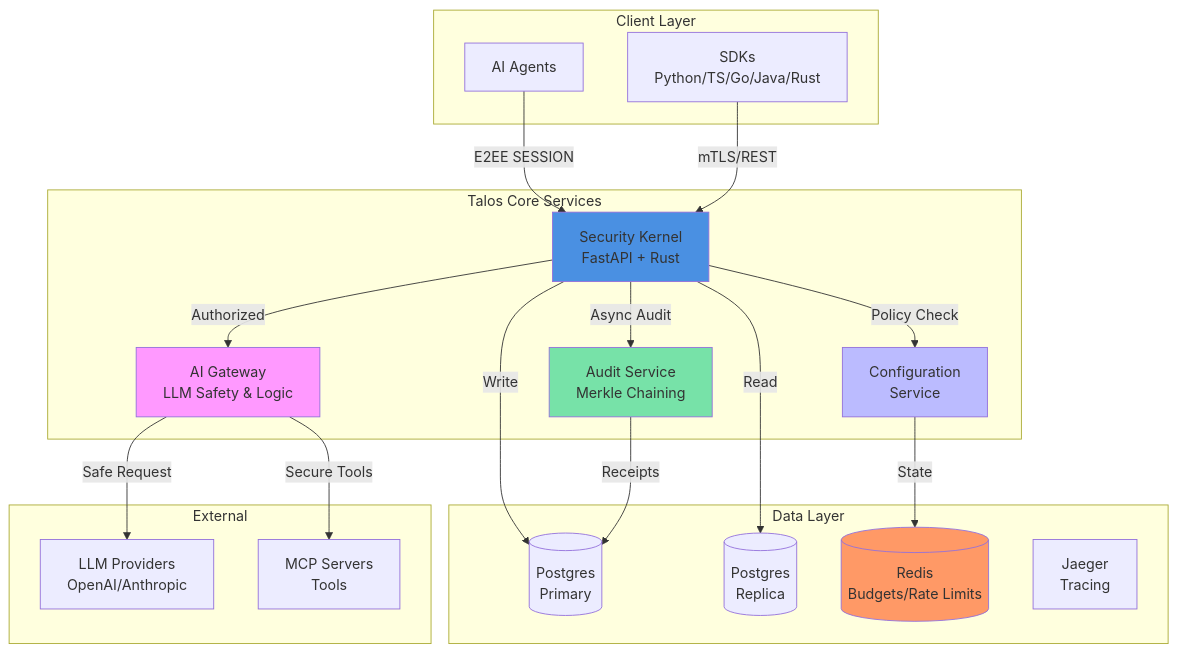
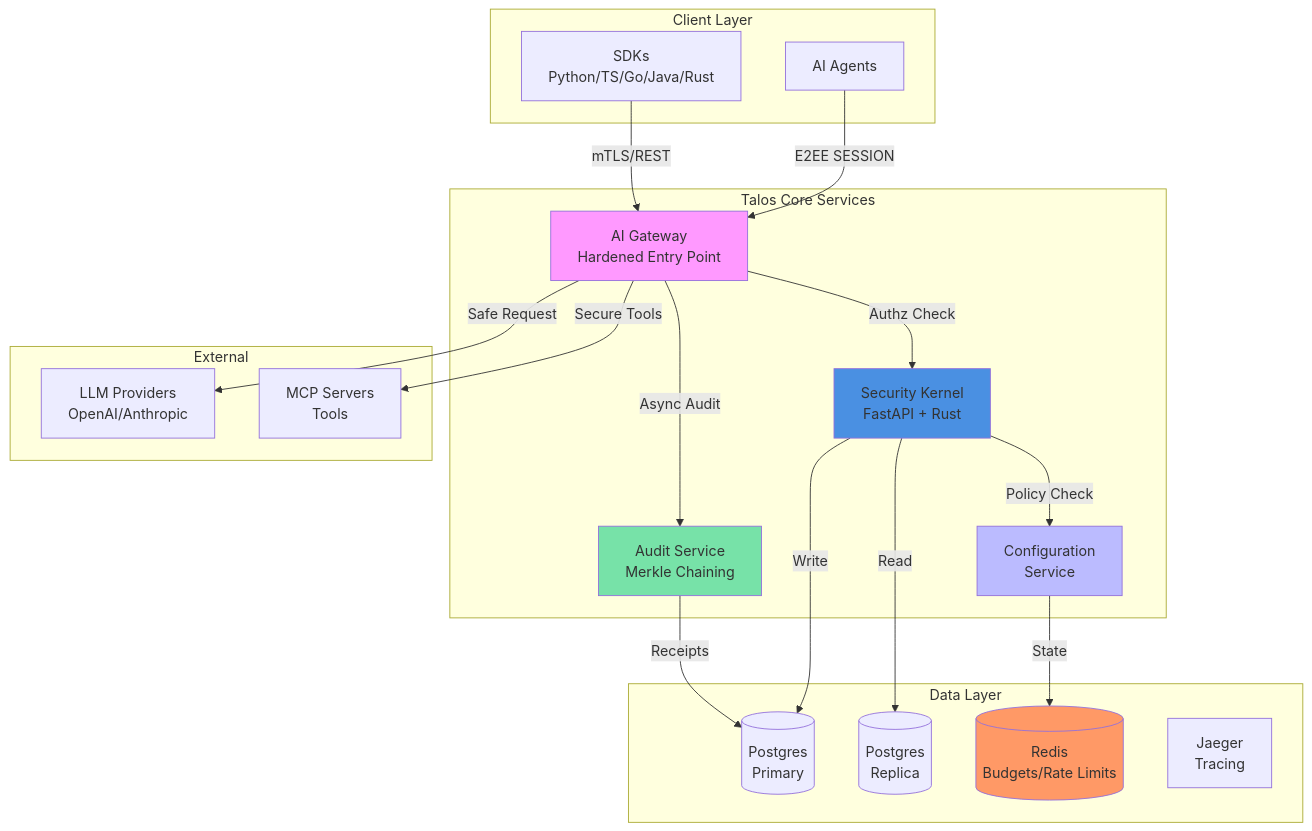
Before and after one commit to talosprotocol/talos: the diagram in README.md, drawn with Mermaid. The commit also changed other lines of this file and 147 other files, not shown here.

Commit message:
v5.15 Production Release: Standardized gateway architecture, consolidated SDK namespaces, and enforced cross-repo contract integrity

````diff
--- a/README.md
+++ b/README.md
@@ -42,45 +42,45 @@
 ```mermaid
 graph TB
     subgraph "Client Layer"
         Agent[AI Agents]
         SDK[SDKs<br/>Python/TS/Go/Java/Rust]
     end
 
     subgraph "Talos Core Services"
-        Gateway[AI Gateway<br/>LLM Safety & Logic]
+        Gateway[AI Gateway<br/>Hardened Entry Point]
         Audit[Audit Service<br/>Merkle Chaining]
         Config[Configuration<br/>Service]
         Core[Security Kernel<br/>FastAPI + Rust]
     end
 
     subgraph "Data Layer"
         PG_Primary[(Postgres<br/>Primary)]
         PG_Replica[(Postgres<br/>Replica)]
         Redis[(Redis<br/>Budgets/Rate Limits)]
         Jaeger[Jaeger<br/>Tracing]
     end
 
     subgraph "External"
         LLM[LLM Providers<br/>OpenAI/Anthropic]
         MCP[MCP Servers<br/>Tools]
     end
 
-    Agent -->|E2EE SESSION| Core
-    SDK -->|mTLS/REST| Core
+    Agent -->|E2EE SESSION| Gateway
+    SDK -->|mTLS/REST| Gateway
+    Gateway -->|Authz Check| Core
     Core -->|Policy Check| Config
-    Core -->|Async Audit| Audit
-    Core -->|Authorized| Gateway
+    Gateway -->|Async Audit| Audit
     Gateway -->|Safe Request| LLM
     Gateway -->|Secure Tools| MCP
 
     Core -->|Write| PG_Primary
     Core -->|Read| PG_Replica
     Config -->|State| Redis
     Audit -->|Receipts| PG_Primary
 
+    style Gateway fill:#f9f
     style Core fill:#4a90e2
-    style Gateway fill:#f9f
     style Config fill:#bbf
     style Audit fill:#77e2a8
     style Redis fill:#ff9966
 ```
````
